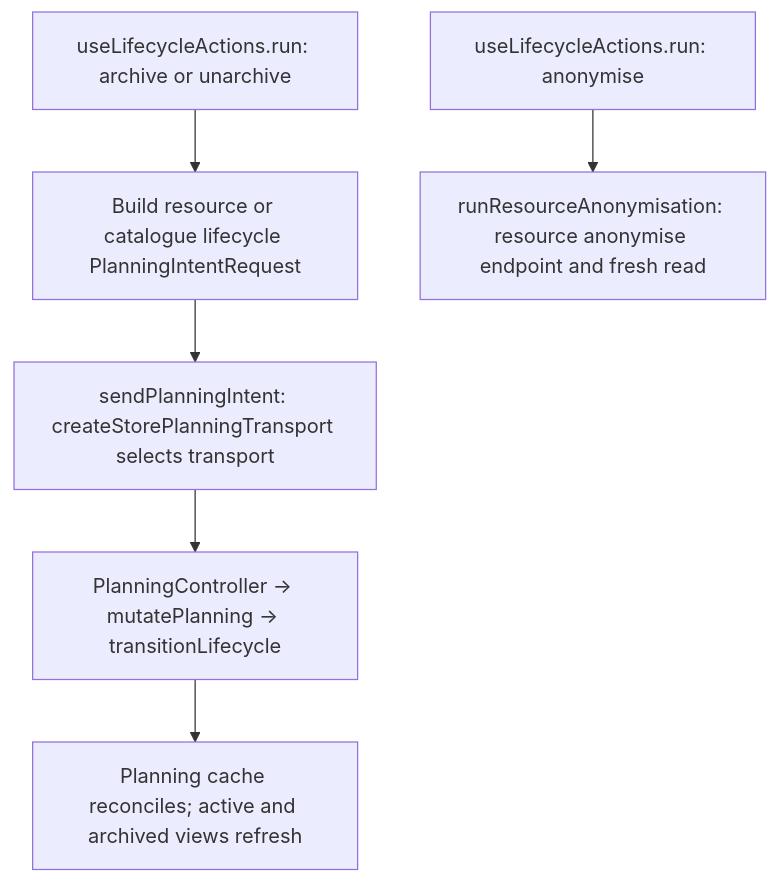
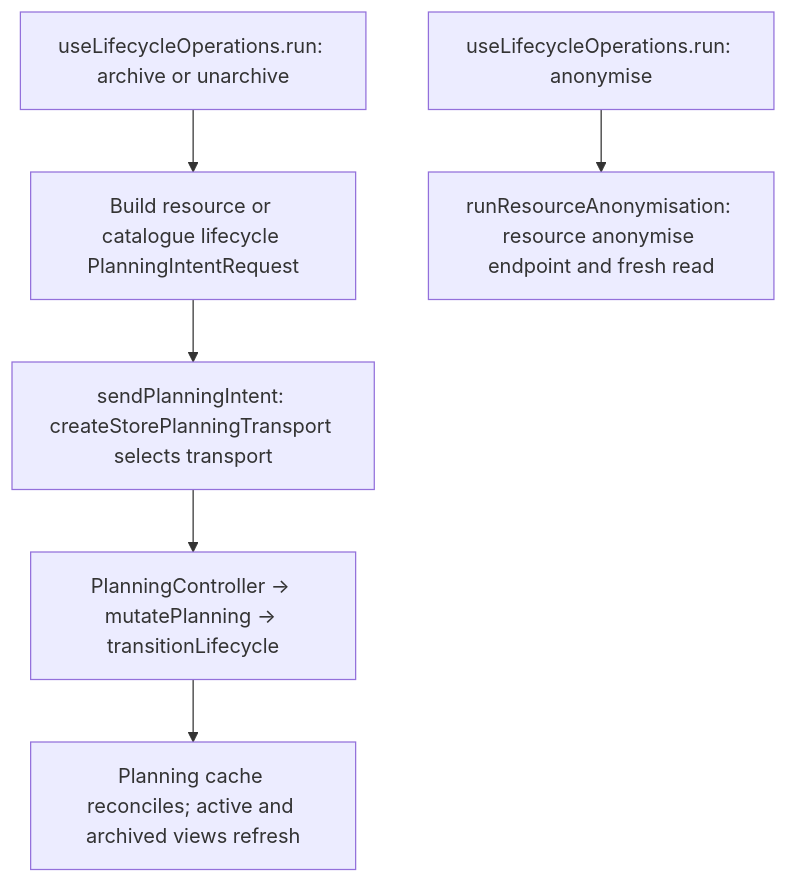
The second of 2 diagrams in user-stories/settings/US-SET-12-archived-deleted.md (Kevinjohn/capacitylens), drawn with Mermaid before and after one commit. The commit also changed other lines of this file and 50 other files, not shown here.

````diff
--- a/user-stories/settings/US-SET-12-archived-deleted.md
+++ b/user-stories/settings/US-SET-12-archived-deleted.md
@@ -34,8 +34,8 @@
 ```mermaid
 flowchart TD
-archive["useLifecycleActions.run: archive or unarchive"] --> intent["Build resource or catalogue lifecycle PlanningIntentRequest"]
+archive["useLifecycleOperations.run: archive or unarchive"] --> intent["Build resource or catalogue lifecycle PlanningIntentRequest"]
   intent --> send["sendPlanningIntent: createStorePlanningTransport selects transport"]
   send --> server["PlanningController → mutatePlanning → transitionLifecycle"]
   server --> view["Planning cache reconciles; active and archived views refresh"]
-  individual["useLifecycleActions.run: anonymise"] --> named["runResourceAnonymisation: resource anonymise endpoint and fresh read"]
+  individual["useLifecycleOperations.run: anonymise"] --> named["runResourceAnonymisation: resource anonymise endpoint and fresh read"]
 ```
````
